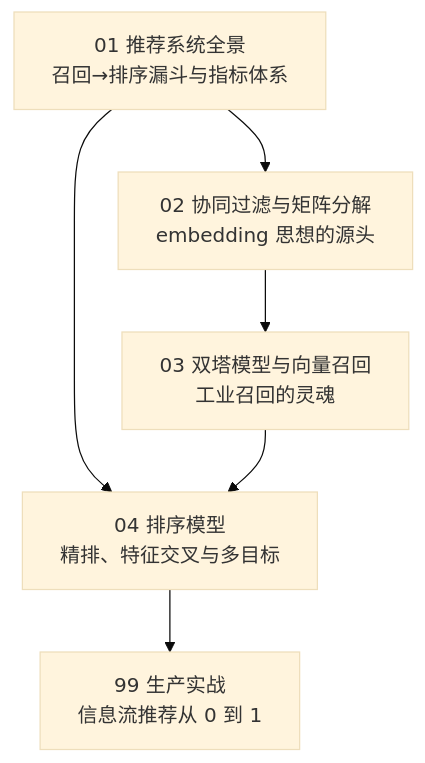
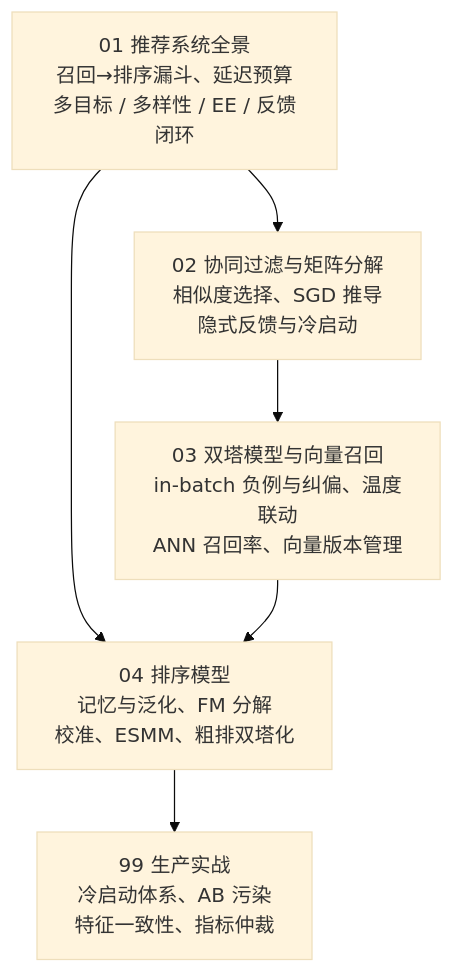
One commit to lizhengzhong20-sketch/model_learning changed the first of 2 diagrams in docs/4-专业方向/08-推荐系统/README.md. Above: the diagram before and after it, drawn with Mermaid (base theme). The commit also changed other lines of this file and 67 other files, not shown here.

````diff
--- a/docs/4-专业方向/08-推荐系统/README.md
+++ b/docs/4-专业方向/08-推荐系统/README.md
@@ -9,8 +9,8 @@
 ```mermaid
 graph TD
-    A["01 推荐系统全景<br/>召回→排序漏斗与指标体系"] --> B["02 协同过滤与矩阵分解<br/>embedding 思想的源头"]
-    B --> D["03 双塔模型与向量召回<br/>工业召回的灵魂"]
-    A --> C["04 排序模型<br/>精排、特征交叉与多目标"]
+    A["01 推荐系统全景<br/>召回→排序漏斗、延迟预算<br/>多目标 / 多样性 / EE / 反馈闭环"] --> B["02 协同过滤与矩阵分解<br/>相似度选择、SGD 推导<br/>隐式反馈与冷启动"]
+    B --> D["03 双塔模型与向量召回<br/>in-batch 负例与纠偏、温度联动<br/>ANN 召回率、向量版本管理"]
+    A --> C["04 排序模型<br/>记忆与泛化、FM 分解<br/>校准、ESMM、粗排双塔化"]
     D --> C
-    C --> E["99 生产实战<br/>信息流推荐从 0 到 1"]
+    C --> E["99 生产实战<br/>冷启动体系、AB 污染<br/>特征一致性、指标仲裁"]
 ```
````
